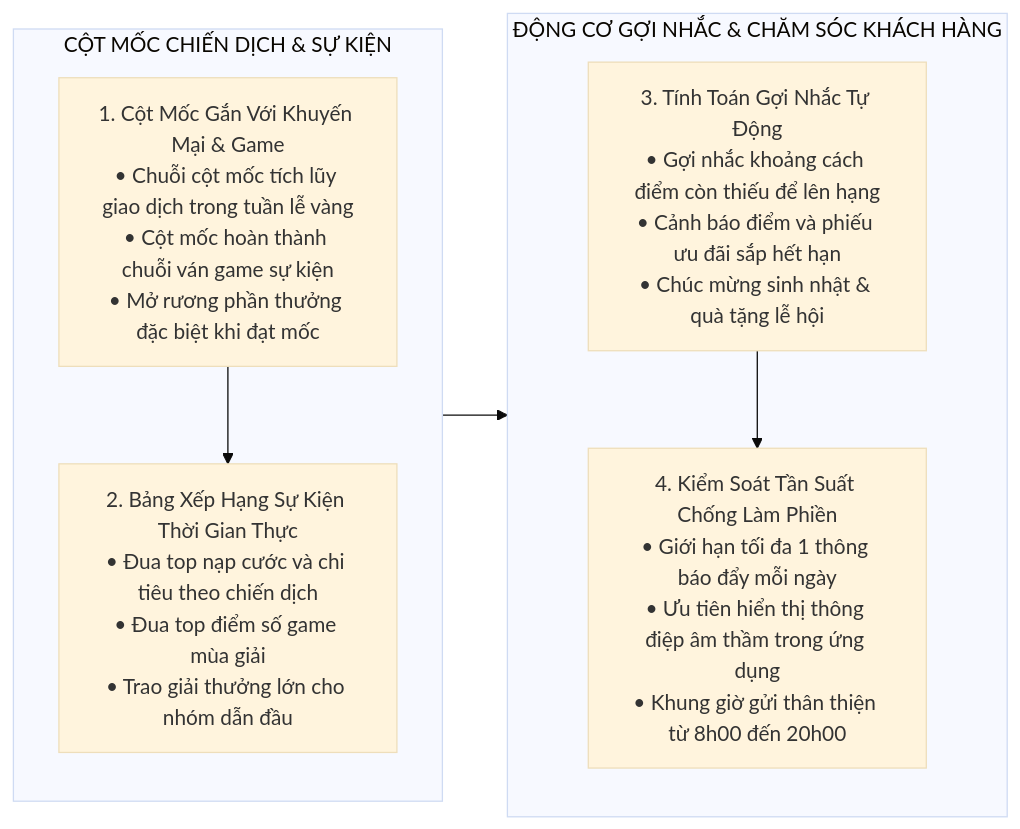
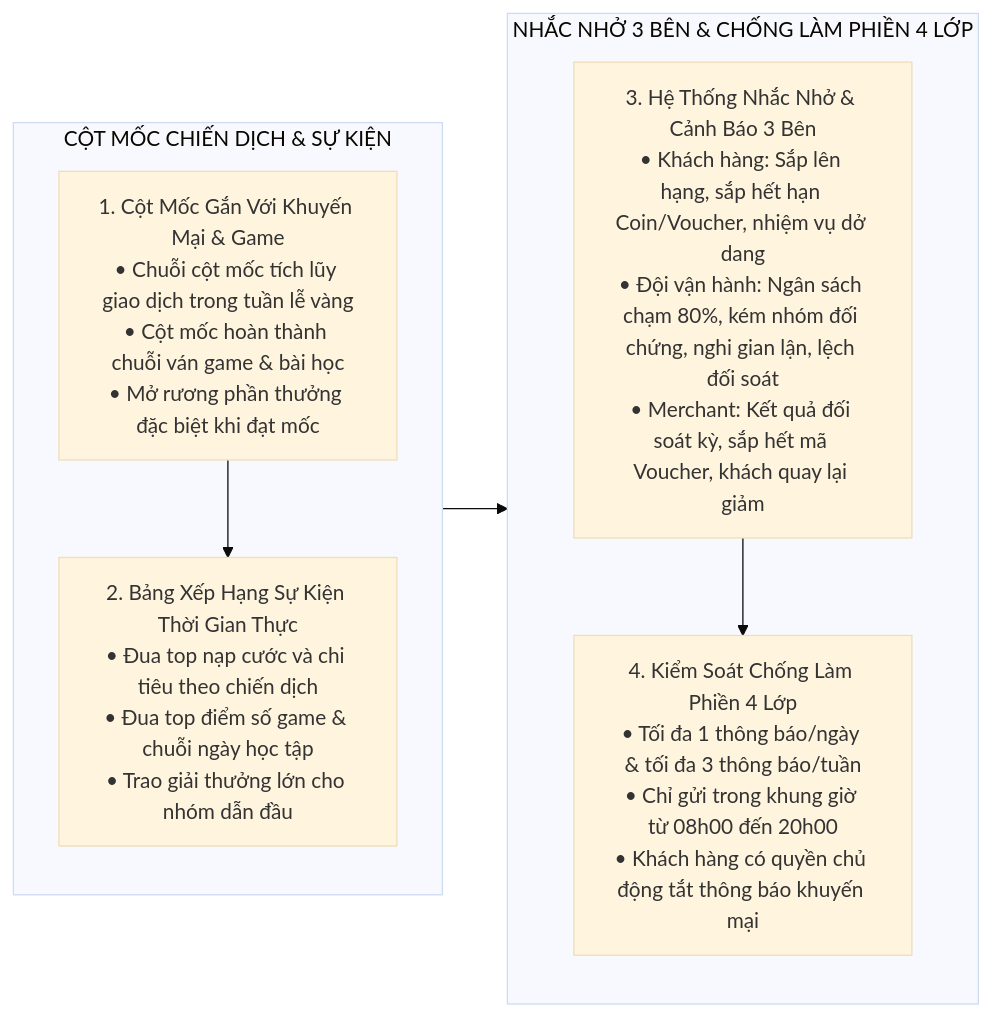
One commit to chapisoft/micro-loyalty changed the eighth of 9 diagrams in docs/ba/solution.md. Above: the diagram before and after it, drawn with Mermaid (base theme). The commit also changed other lines of this file and 7 other files, not shown here.

````diff
--- a/docs/ba/solution.md
+++ b/docs/ba/solution.md
@@ -320,18 +335,18 @@
 ```mermaid
 flowchart LR
     subgraph COL_MILESTONE ["CỘT MỐC CHIẾN DỊCH & SỰ KIỆN"]
         direction TB
-        M_Campaign["1. Cột Mốc Gắn Với Khuyến Mại & Game<br/>• Chuỗi cột mốc tích lũy giao dịch trong tuần lễ vàng<br/>• Cột mốc hoàn thành chuỗi ván game sự kiện<br/>• Mở rương phần thưởng đặc biệt khi đạt mốc"]
-        M_Leaderboard["2. Bảng Xếp Hạng Sự Kiện Thời Gian Thực<br/>• Đua top nạp cước và chi tiêu theo chiến dịch<br/>• Đua top điểm số game mùa giải<br/>• Trao giải thưởng lớn cho nhóm dẫn đầu"]
+        M_Campaign["1. Cột Mốc Gắn Với Khuyến Mại & Game<br/>• Chuỗi cột mốc tích lũy giao dịch trong tuần lễ vàng<br/>• Cột mốc hoàn thành chuỗi ván game & bài học<br/>• Mở rương phần thưởng đặc biệt khi đạt mốc"]
+        M_Leaderboard["2. Bảng Xếp Hạng Sự Kiện Thời Gian Thực<br/>• Đua top nạp cước và chi tiêu theo chiến dịch<br/>• Đua top điểm số game & chuỗi ngày học tập<br/>• Trao giải thưởng lớn cho nhóm dẫn đầu"]
         M_Campaign --> M_Leaderboard
     end
 
-    subgraph COL_NUDGE ["ĐỘNG CƠ GỢI NHẮC & CHĂM SÓC KHÁCH HÀNG"]
+    subgraph COL_NUDGE ["NHẮC NHỞ 3 BÊN & CHỐNG LÀM PHIỀN 4 LỚP"]
         direction TB
-        N_Trigger["3. Tính Toán Gợi Nhắc Tự Động<br/>• Gợi nhắc khoảng cách điểm còn thiếu để lên hạng<br/>• Cảnh báo điểm và phiếu ưu đãi sắp hết hạn<br/>• Chúc mừng sinh nhật & quà tặng lễ hội"]
-        N_AntiSpam["4. Kiểm Soát Tần Suất Chống Làm Phiền<br/>• Giới hạn tối đa 1 thông báo đẩy mỗi ngày<br/>• Ưu tiên hiển thị thông điệp âm thầm trong ứng dụng<br/>• Khung giờ gửi thân thiện từ 8h00 đến 20h00"]
+        N_Trigger["3. Hệ Thống Nhắc Nhở & Cảnh Báo 3 Bên<br/>• Khách hàng: Sắp lên hạng, sắp hết hạn Coin/Voucher, nhiệm vụ dở dang<br/>• Đội vận hành: Ngân sách chạm 80%, kém nhóm đối chứng, nghi gian lận, lệch đối soát<br/>• Merchant: Kết quả đối soát kỳ, sắp hết mã Voucher, khách quay lại giảm"]
+        N_AntiSpam["4. Kiểm Soát Chống Làm Phiền 4 Lớp<br/>• Tối đa 1 thông báo/ngày & tối đa 3 thông báo/tuần<br/>• Chỉ gửi trong khung giờ từ 08h00 đến 20h00<br/>• Khách hàng có quyền chủ động tắt thông báo khuyến mại"]
         N_Trigger --> N_AntiSpam
     end
 
     M_Leaderboard --> N_Trigger
 ```
````
